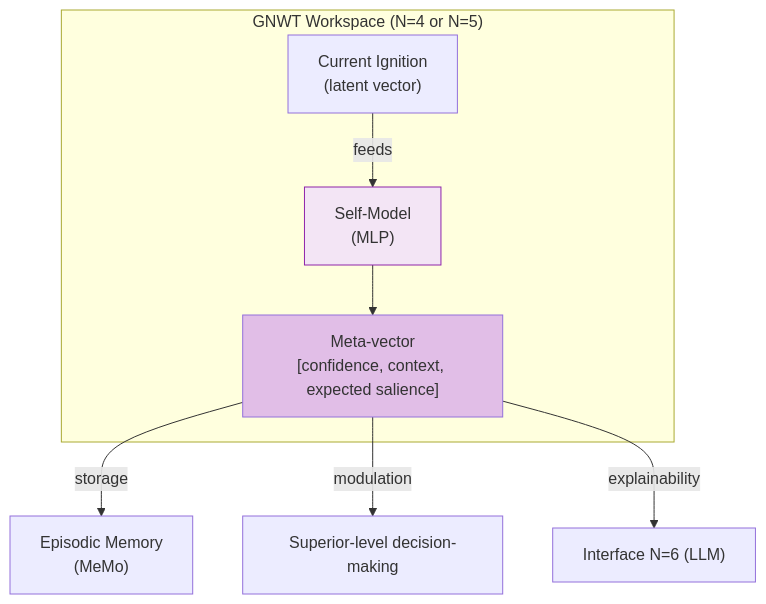
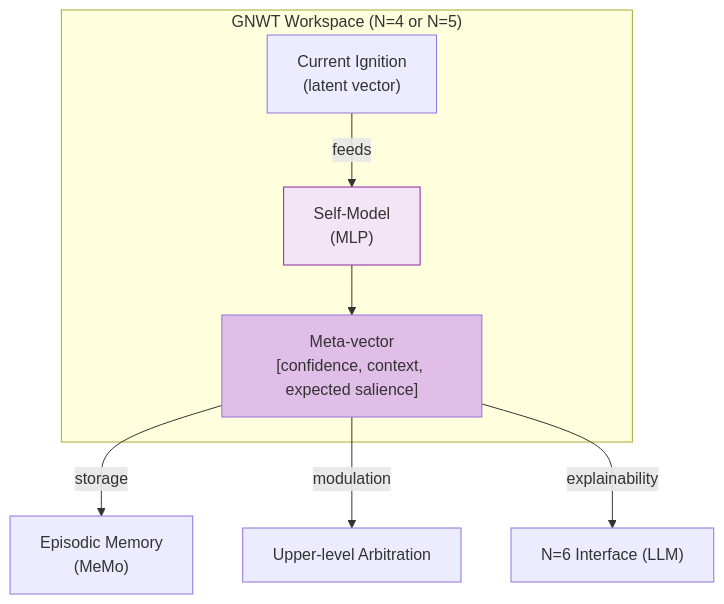
Before and after one commit to AlainCo/GNWT-Garrigue-X-en: the fourth of 5 diagrams in concepts/concepts.md, drawn with Mermaid. The commit also changed other lines of this file and 21 other files, not shown here.

````diff
--- a/concepts/concepts.md
+++ b/concepts/concepts.md
@@ -572,18 +473,18 @@
 ```mermaid
 flowchart TD
     subgraph Workspace ["GNWT Workspace (N=4 or N=5)"]
         I["Current Ignition\n(latent vector)"]
         SM["Self-Model\n(MLP)"]
         M["Meta-vector\n[confidence, context, expected salience]"]
     end
 
     I -->|"feeds"| SM
     SM --> M
 
     M -->|"storage"| MeMo["Episodic Memory\n(MeMo)"]
-    M -->|"modulation"| Decision["Superior-level decision-making"]
-    M -->|"explainability"| LLM["Interface N=6 (LLM)"]
+    M -->|"modulation"| Decision["Upper-level Arbitration"]
+    M -->|"explainability"| LLM["N=6 Interface (LLM)"]
 
     style SM fill:#f3e5f5,stroke:#8e24aa
     style M fill:#e1bee7
 ```
````
